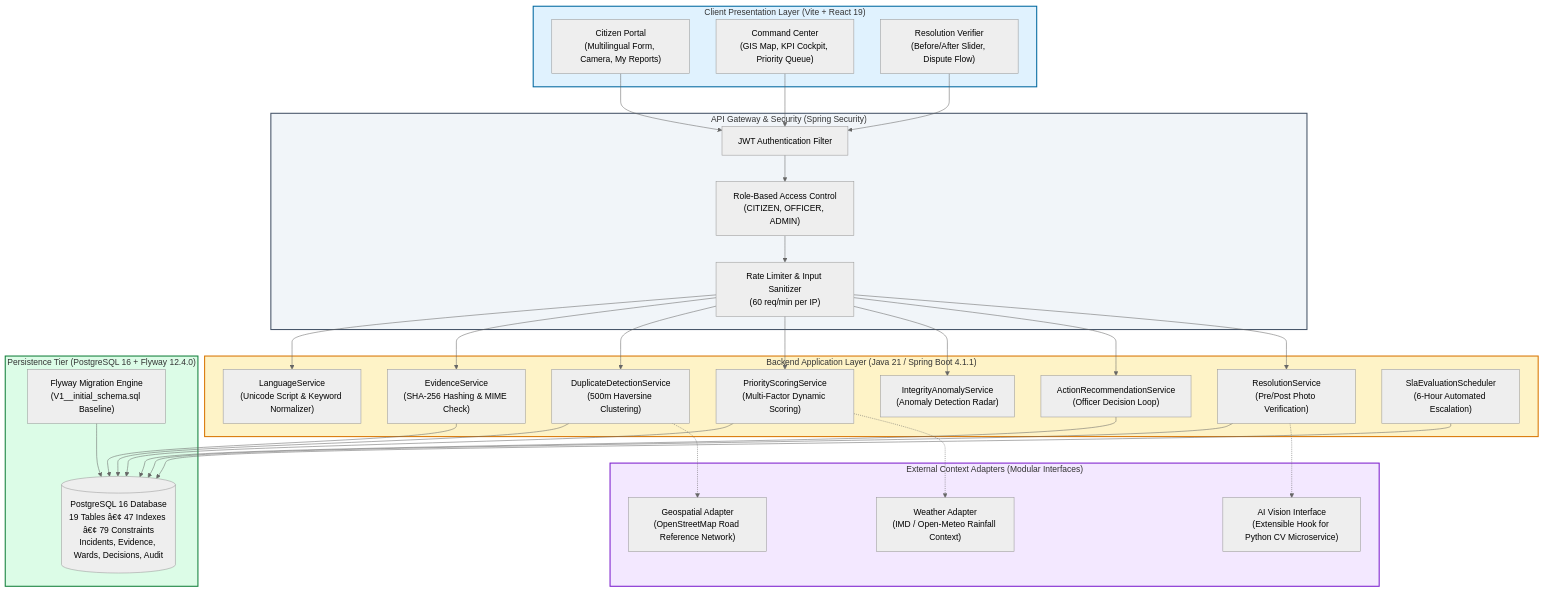
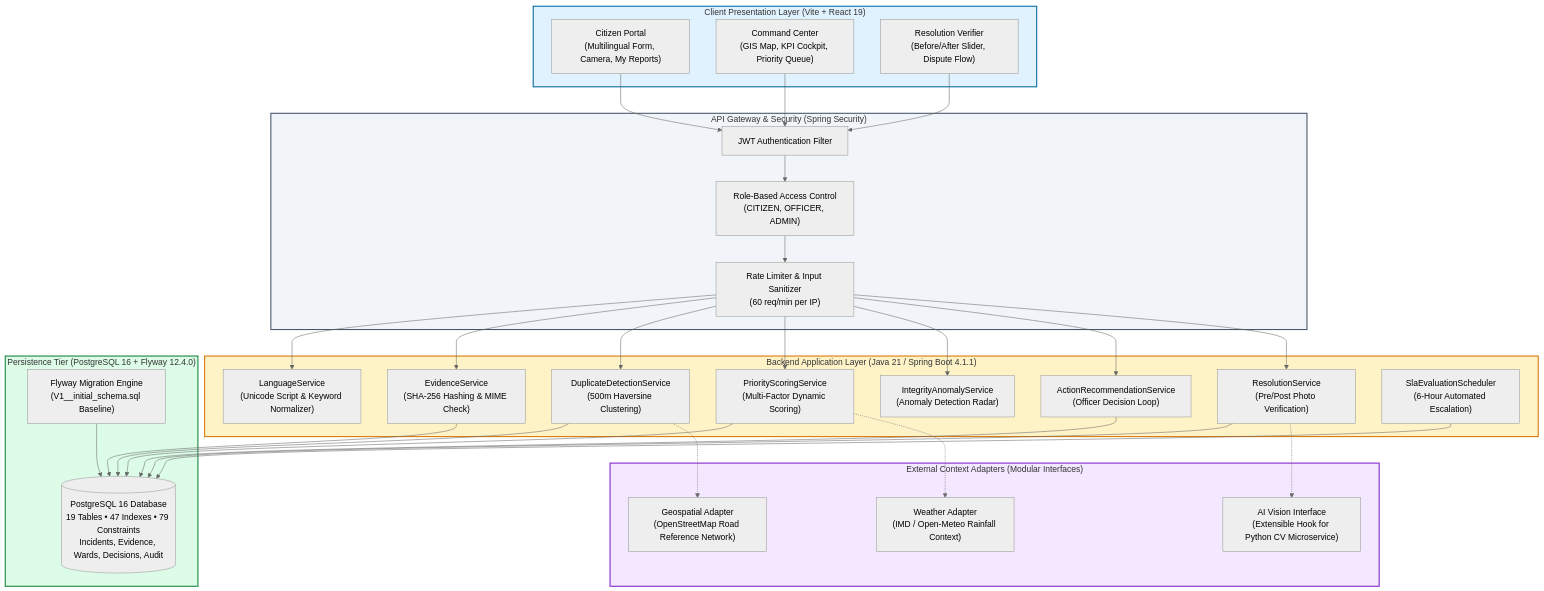
Before and after one commit to Mappillai-Meeran/nirvaha: the second of 2 diagrams in README.md, drawn with Mermaid (neutral theme). The commit also changed other lines of this file and 11 other files, not shown here.

````diff
--- a/README.md
+++ b/README.md
@@ -275,69 +275,69 @@
 ```mermaid
 flowchart TB
     subgraph CLIENT_TIER ["Client Presentation Layer (Vite + React 19)"]
         UI_CITIZEN["Citizen Portal<br/>(Multilingual Form, Camera, My Reports)"]
         UI_ADMIN["Command Center<br/>(GIS Map, KPI Cockpit, Priority Queue)"]
         UI_VERIFY["Resolution Verifier<br/>(Before/After Slider, Dispute Flow)"]
     end
 
     subgraph API_GATEWAY ["API Gateway & Security (Spring Security)"]
         SEC_FILTER["JWT Authentication Filter"]
         RBAC["Role-Based Access Control<br/>(CITIZEN, OFFICER, ADMIN)"]
         RATE_LIMIT["Rate Limiter & Input Sanitizer<br/>(60 req/min per IP)"]
     end
 
     subgraph BACKEND_SERVICES ["Backend Application Layer (Java 21 / Spring Boot 4.1.1)"]
         SVC_LANG["LanguageService<br/>(Unicode Script & Keyword Normalizer)"]
         SVC_EVID["EvidenceService<br/>(SHA-256 Hashing & MIME Check)"]
         SVC_DUP["DuplicateDetectionService<br/>(500m Haversine Clustering)"]
         SVC_PRIO["PriorityScoringService<br/>(Multi-Factor Dynamic Scoring)"]
         SVC_ANOM["IntegrityAnomalyService<br/>(Anomaly Detection Radar)"]
         SVC_ACT["ActionRecommendationService<br/>(Officer Decision Loop)"]
         SVC_RES["ResolutionService<br/>(Pre/Post Photo Verification)"]
         SVC_SLA["SlaEvaluationScheduler<br/>(6-Hour Automated Escalation)"]
     end
 
     subgraph DATA_TIER ["Persistence Tier (PostgreSQL 16 + Flyway 12.4.0)"]
         DB_FLYWAY["Flyway Migration Engine<br/>(V1__initial_schema.sql Baseline)"]
-        DB_TABLES[("PostgreSQL 16 Database<br/>19 Tables â€¢ 47 Indexes â€¢ 79 Constraints<br/>Incidents, Evidence, Wards, Decisions, Audit")]
+        DB_TABLES[("PostgreSQL 16 Database<br/>19 Tables • 47 Indexes • 79 Constraints<br/>Incidents, Evidence, Wards, Decisions, Audit")]
     end
 
     subgraph EXT_SERVICES ["External Context Adapters (Modular Interfaces)"]
         ADAPT_WEATHER["Weather Adapter<br/>(IMD / Open-Meteo Rainfall Context)"]
         ADAPT_OSM["Geospatial Adapter<br/>(OpenStreetMap Road Reference Network)"]
         ADAPT_AI["AI Vision Interface<br/>(Extensible Hook for Python CV Microservice)"]
     end
 
     UI_CITIZEN --> SEC_FILTER
     UI_ADMIN --> SEC_FILTER
     UI_VERIFY --> SEC_FILTER
 
     SEC_FILTER --> RBAC --> RATE_LIMIT
 
     RATE_LIMIT --> SVC_LANG
     RATE_LIMIT --> SVC_EVID
     RATE_LIMIT --> SVC_DUP
     RATE_LIMIT --> SVC_PRIO
     RATE_LIMIT --> SVC_ANOM
     RATE_LIMIT --> SVC_ACT
     RATE_LIMIT --> SVC_RES
     SVC_SLA --> DB_TABLES
 
     SVC_EVID --> DB_TABLES
     SVC_DUP --> DB_TABLES
     SVC_PRIO --> DB_TABLES
     SVC_ACT --> DB_TABLES
     SVC_RES --> DB_TABLES
 
     SVC_PRIO -.-> ADAPT_WEATHER
     SVC_DUP -.-> ADAPT_OSM
     SVC_RES -.-> ADAPT_AI
 
     DB_FLYWAY --> DB_TABLES
 
     style CLIENT_TIER fill:#e0f2fe,stroke:#0369a1,stroke-width:2px
     style API_GATEWAY fill:#f1f5f9,stroke:#475569,stroke-width:2px
     style BACKEND_SERVICES fill:#fef3c7,stroke:#d97706,stroke-width:2px
     style DATA_TIER fill:#dcfce7,stroke:#15803d,stroke-width:2px
     style EXT_SERVICES fill:#f3e8ff,stroke:#7e22ce,stroke-width:2px
 ```
````
